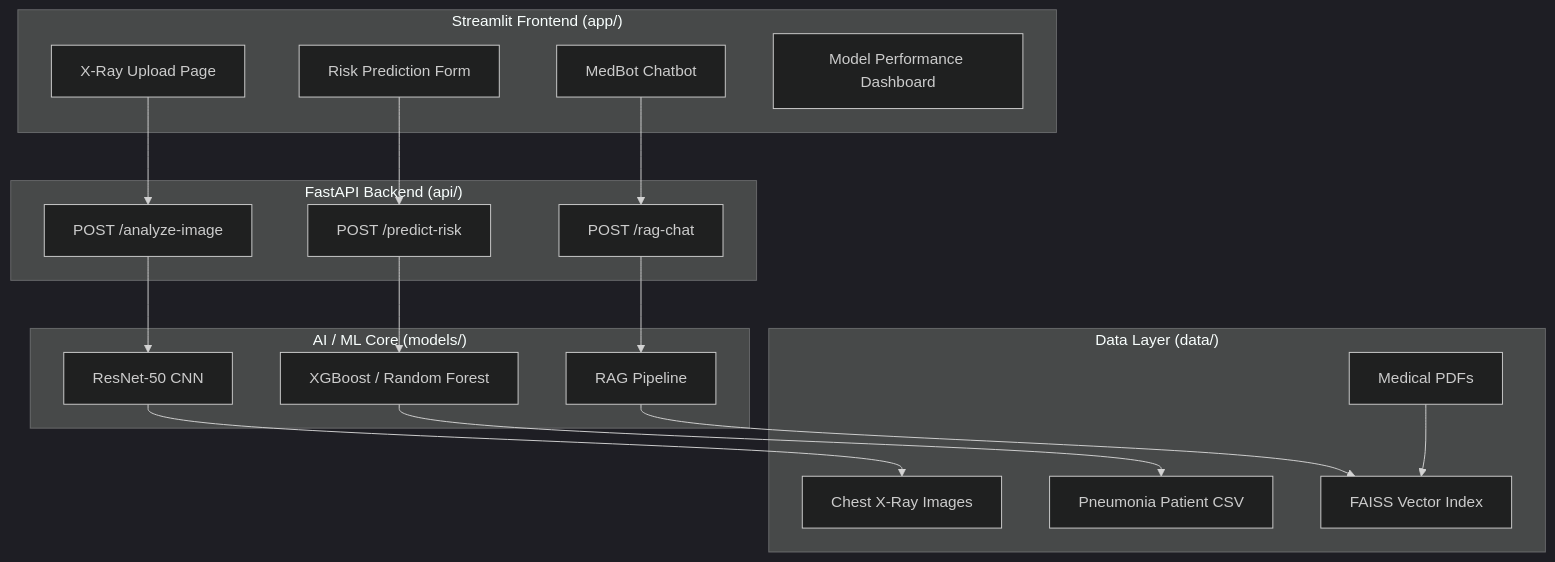
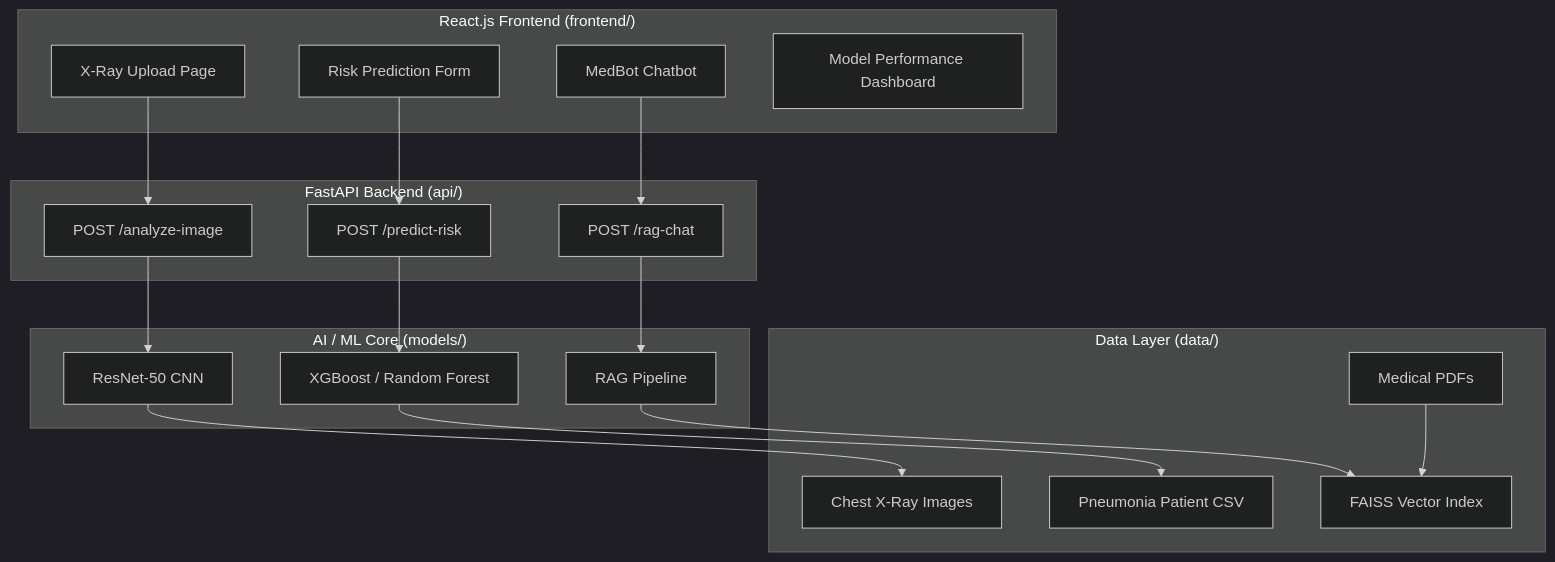
One commit to SydDwit/MedVision-AI changed the first of 2 diagrams in README.md. Above: the diagram before and after it, drawn with Mermaid (dark theme). The commit also changed other lines of this file, not shown here.

Commit message:
Update README.md with React architecture details and correct clone URL

````diff
--- a/README.md
+++ b/README.md
@@ -19,33 +19,33 @@
 ```mermaid
 flowchart TD
-    subgraph Frontend["Streamlit Frontend (app/)"]
+    subgraph Frontend["React.js Frontend (frontend/)"]
         A1[X-Ray Upload Page]
         A2[Risk Prediction Form]
         A3[MedBot Chatbot]
         A4[Model Performance Dashboard]
     end
 
     subgraph Backend["FastAPI Backend (api/)"]
         B1[POST /analyze-image]
         B2[POST /predict-risk]
         B3[POST /rag-chat]
     end
 
     subgraph Models["AI / ML Core (models/)"]
         C1[ResNet-50 CNN]
         C2[XGBoost / Random Forest]
         C3[RAG Pipeline]
     end
 
     subgraph Data["Data Layer (data/)"]
         D1[Chest X-Ray Images]
         D2[Pneumonia Patient CSV]
         D3[FAISS Vector Index]
         D4[Medical PDFs]
     end
 
     A1 --> B1 --> C1 --> D1
     A2 --> B2 --> C2 --> D2
     A3 --> B3 --> C3 --> D3
     D4 --> D3
 ```
````
